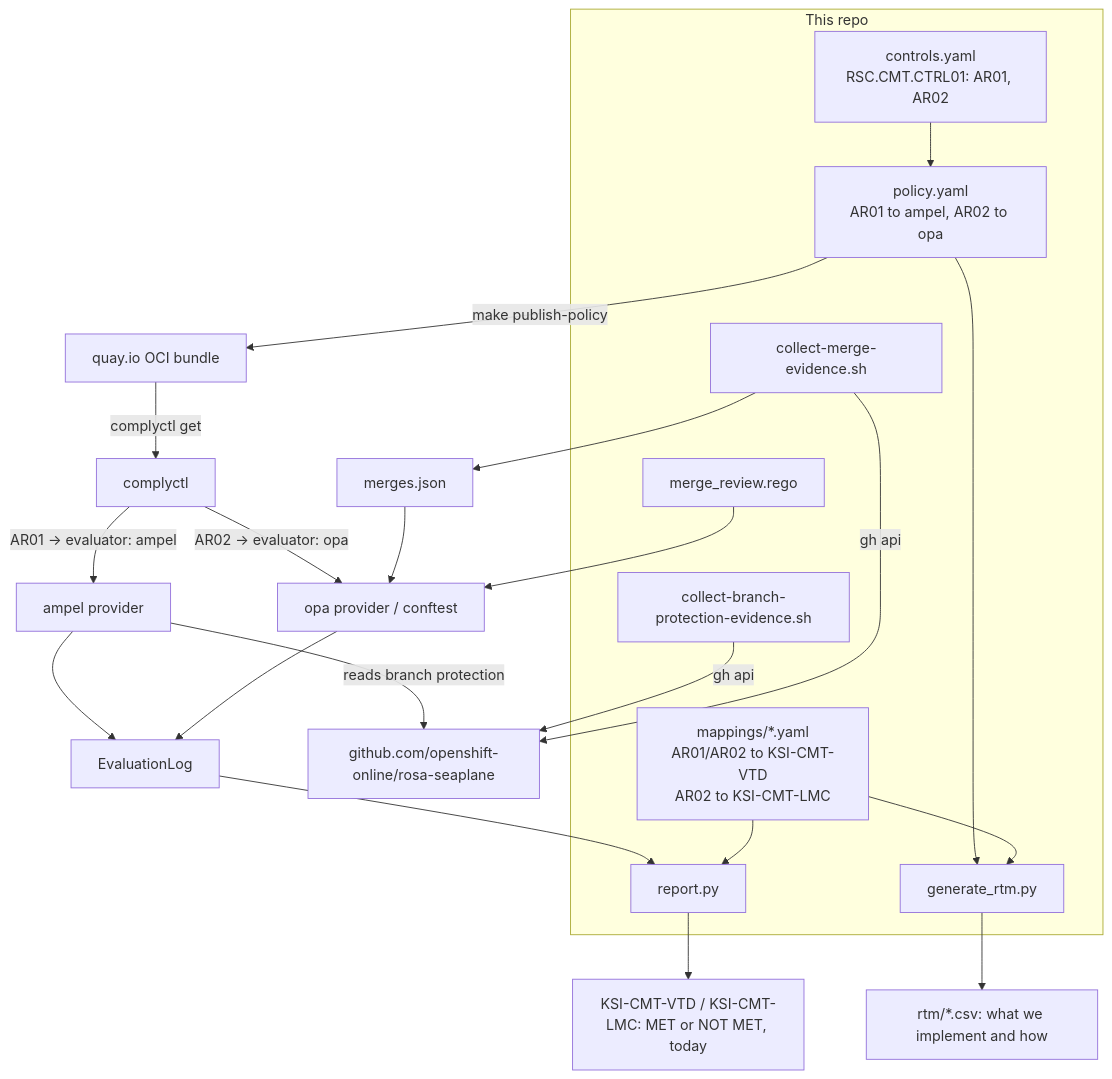
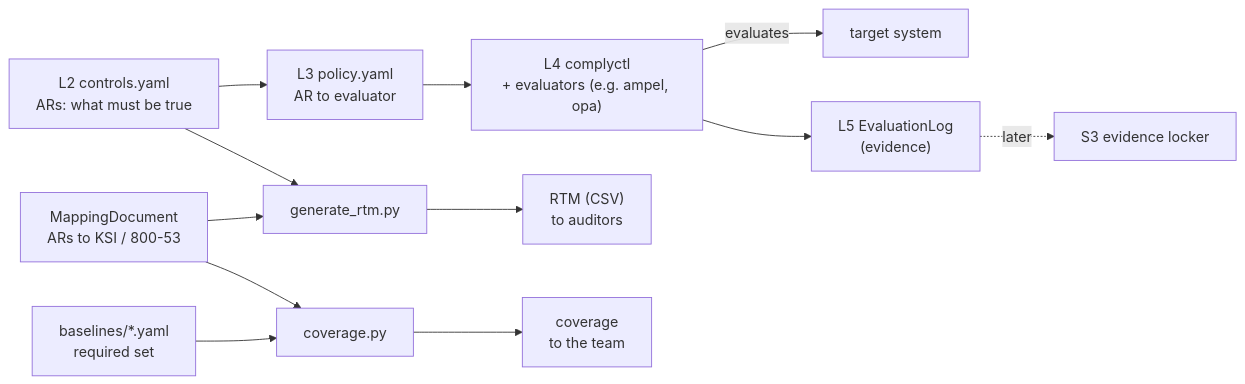
The diagram in README.md (openshift-online/rosa-seaplane-compliance), drawn with Mermaid before and after one commit. The commit also changed other lines of this file and 21 other files, not shown here.

First line of the commit message:
Rework framework: coverage tool, FQDN evidence, dynamic entrypoint

````diff
--- a/README.md
+++ b/README.md
@@ -38,38 +23,19 @@
 ```mermaid
-flowchart TD
-    subgraph repo["This repo"]
-        CTRL["controls.yaml<br/>RSC.CMT.CTRL01: AR01, AR02"]
-        POL["policy.yaml<br/>AR01 to ampel, AR02 to opa"]
-        MAP["mappings/*.yaml<br/>AR01/AR02 to KSI-CMT-VTD<br/>AR02 to KSI-CMT-LMC"]
-        EVID1["collect-branch-protection-evidence.sh"]
-        EVID2["collect-merge-evidence.sh"]
-        REGO["merge_review.rego"]
-        RPT["report.py"]
-        RTM["generate_rtm.py"]
-    end
+flowchart LR
+    CTRL["L2 controls.yaml<br/>ARs: what must be true"]
+    POL["L3 policy.yaml<br/>AR to evaluator"]
+    MAP["MappingDocument<br/>ARs to KSI / 800-53"]
+    BASE["baselines/*.yaml<br/>required set"]
 
-    CTRL --> POL
-    POL -- "make publish-policy" --> OCI["quay.io OCI bundle"]
-    OCI -- "complyctl get" --> CC["complyctl"]
+    CTRL --> POL --> CC["L4 complyctl<br/>+ evaluators (e.g. ampel, opa)"]
+    CC -->|evaluates| TGT["target system"]
+    CC --> LOG["L5 EvaluationLog<br/>(evidence)"]
 
-    CC -- "AR01 -> evaluator: ampel" --> AMPEL["ampel provider"]
-    CC -- "AR02 -> evaluator: opa" --> OPA["opa provider / conftest"]
+    CTRL --> RTM["generate_rtm.py"]
+    MAP --> RTM --> RTMCSV["RTM (CSV)<br/>to auditors"]
 
-    GH["github.com/openshift-online/rosa-seaplane"]
-    AMPEL -- "reads branch protection" --> GH
-    EVID1 -- "gh api" --> GH
-    EVID2 -- "gh api" --> GH
-    EVID2 --> MERGES["merges.json"]
-    MERGES --> OPA
-    REGO --> OPA
+    MAP --> COVSC["coverage.py"]
+    BASE --> COVSC --> COV["coverage<br/>to the team"]
 
-    AMPEL --> LOG["EvaluationLog"]
-    OPA --> LOG
-    LOG --> RPT
-    MAP --> RPT
-    RPT --> COVERAGE["KSI-CMT-VTD / KSI-CMT-LMC: MET or NOT MET, today"]
-
-    POL --> RTM
-    MAP --> RTM
-    RTM --> RTMOUT["rtm/*.csv: what we implement and how"]
+    LOG -.->|later| S3["S3 evidence locker"]
 ```
````
